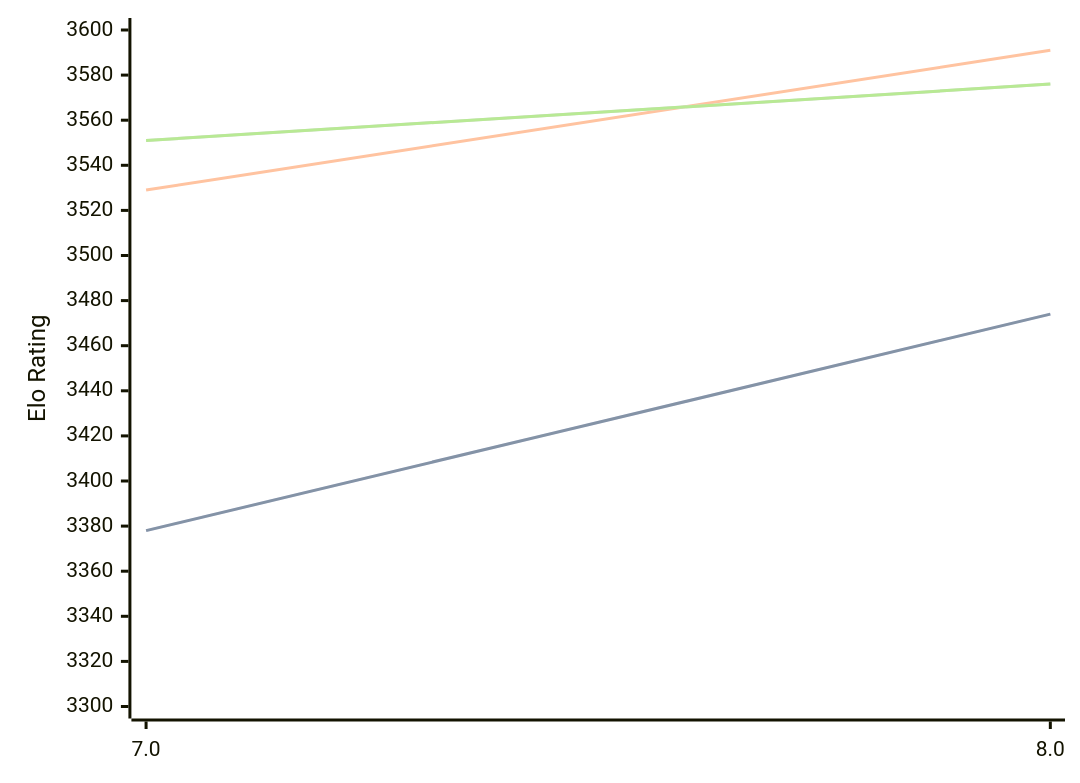
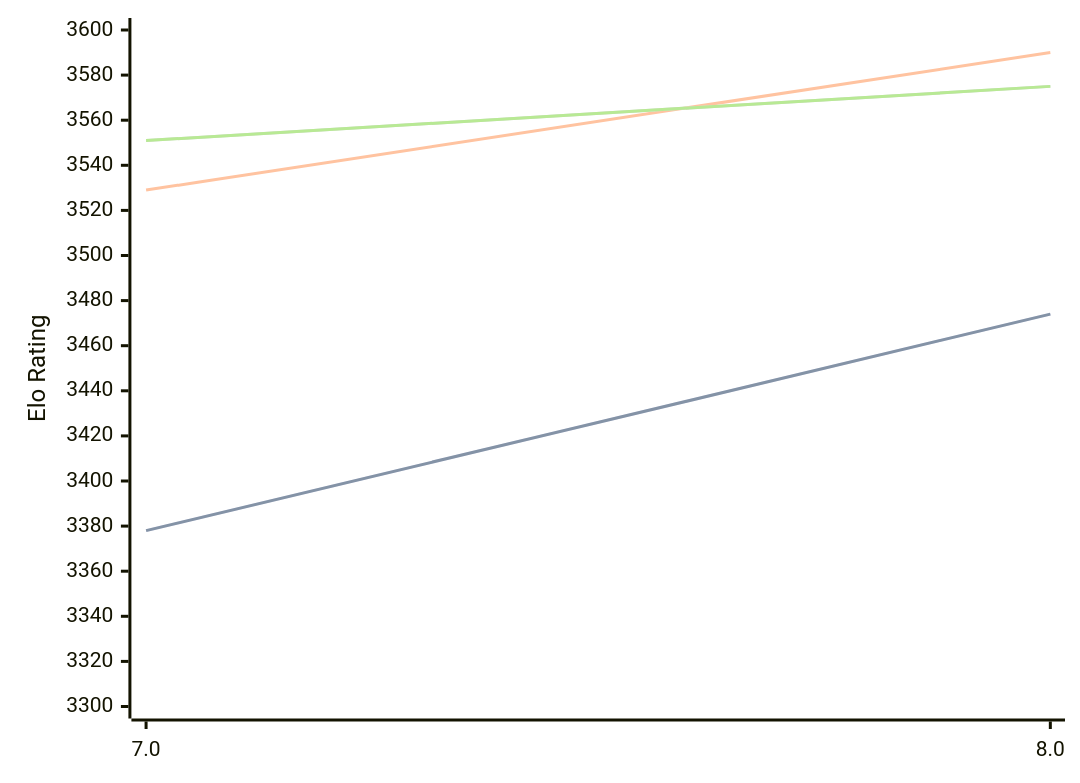
Before and after one commit to computer-chess-index/cci: the diagram in engines/Integral.md, drawn with Mermaid. The commit also changed other lines of this file, not shown here.

Commit message:
Update CCI Ratings (ELO VLTC) - 2026-10-01

````diff
--- a/engines/Integral.md
+++ b/engines/Integral.md
@@ -32,11 +32,11 @@
 ```mermaid
 %%{init: {"theme":"base","themeVariables":{"seriesColors:['#a3a3a3','#222221','#faa371']}}}%%
 xychart-beta
   x-axis ["7.0", "8.0"]
   y-axis "Elo Rating" 3300 --> 3600
   line "" [3378, 3474]
   line "STC (8.0+0.08s)" [3378, 3474]
-  line "LTC (60.0+0.60s)" [3529, 3591]
-  line "" [3551, 3576]
-  line "VLTC (2m24s+1.12s)" [3551, 3576]
+  line "LTC (60.0+0.60s)" [3529, 3590]
+  line "" [3551, 3575]
+  line "VLTC (2m24s+1.12s)" [3551, 3575]
 ```
````
